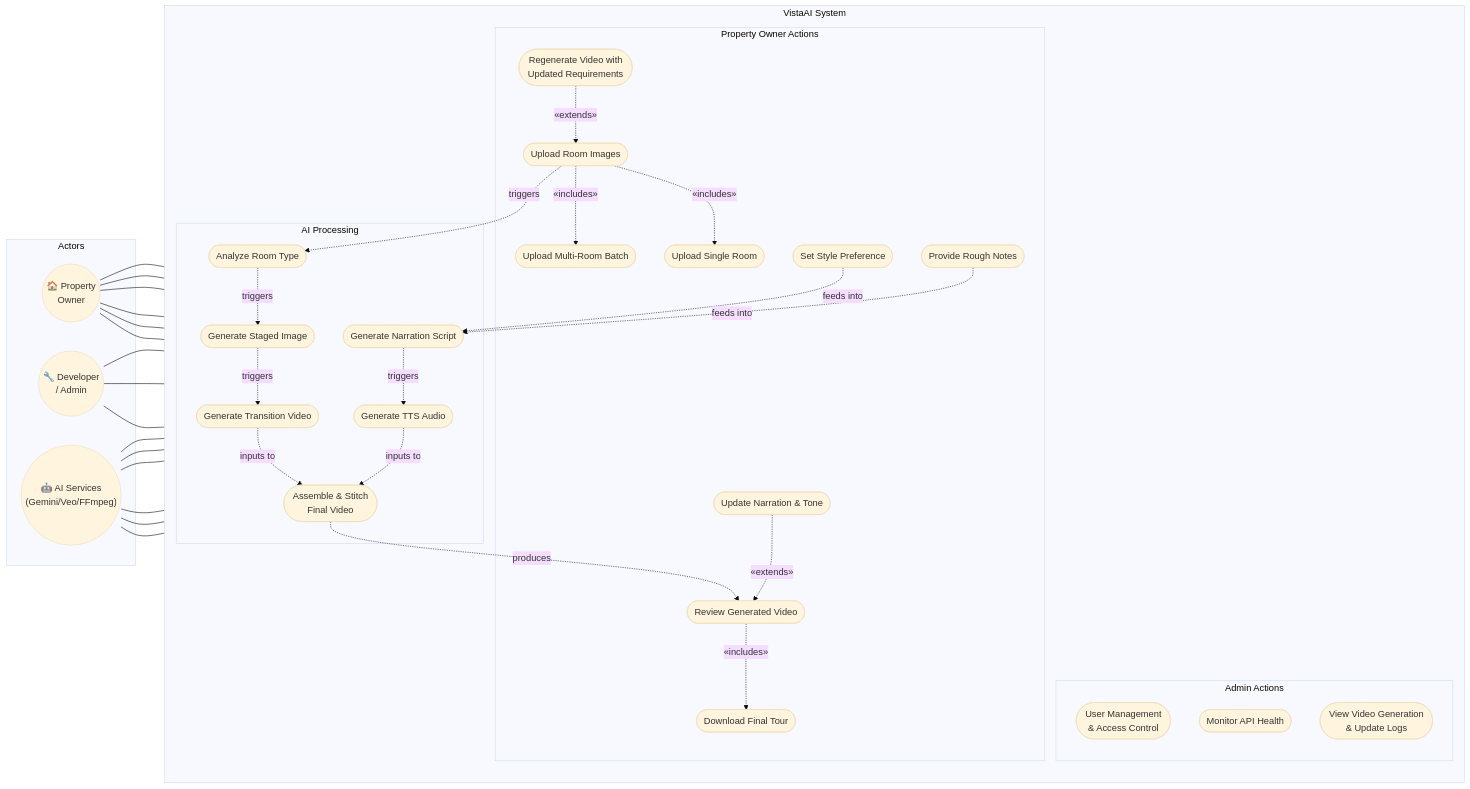
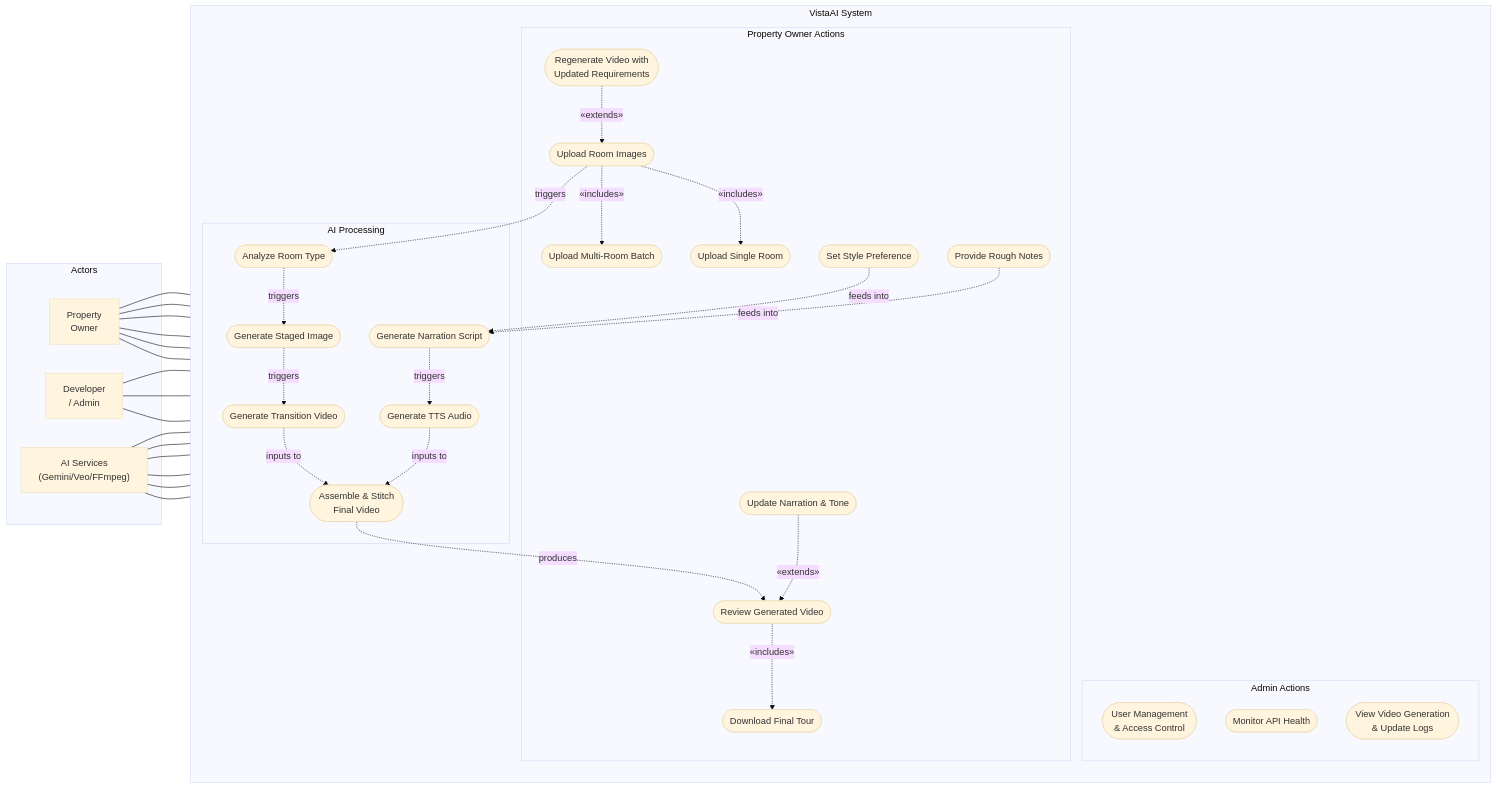
The second of 2 diagrams in diagrams/use_case_diagram.md (23f2002284/VistaAI), drawn with Mermaid (base theme) before and after one commit. The commit also changed other lines of this file and 1 other file, not shown here.

Commit message:
minor error in diagram solved

````diff
--- a/diagrams/use_case_diagram.md
+++ b/diagrams/use_case_diagram.md
@@ -46,73 +46,73 @@
 ```mermaid
 flowchart LR
     subgraph Actors
-        PO(("🏠 Property\nOwner"))
-        DA(("🔧 Developer\n/ Admin"))
-        AI(("🤖 AI Services\n(Gemini/Veo/FFmpeg)"))
+        PO["Property\nOwner"]
+        DA["Developer\n/ Admin"]
+        AI["AI Services\n(Gemini/Veo/FFmpeg)"]
     end
 
     subgraph VistaAI["VistaAI System"]
         direction TB
 
         subgraph Owner_Actions["Property Owner Actions"]
             UC1([Upload Room Images])
             UC1a([Upload Single Room])
             UC1b([Upload Multi-Room Batch])
             UC2([Set Style Preference])
             UC3([Provide Rough Notes])
             UC4([Review Generated Video])
             UC5([Download Final Tour])
             UC6([Update Narration & Tone])
             UC7([Regenerate Video with\nUpdated Requirements])
         end
 
         subgraph Admin_Actions["Admin Actions"]
             UC8([User Management\n& Access Control])
             UC9([Monitor API Health])
             UC10([View Video Generation\n& Update Logs])
         end
 
         subgraph System_Actions["AI Processing"]
             UC11([Analyze Room Type])
             UC12([Generate Staged Image])
             UC13([Generate Transition Video])
             UC14([Generate Narration Script])
             UC15([Generate TTS Audio])
             UC16([Assemble & Stitch\nFinal Video])
         end
     end
 
     PO --- UC1
     PO --- UC2
     PO --- UC3
     PO --- UC4
     PO --- UC6
     PO --- UC7
 
     UC1 -.->|"«includes»"| UC1a
     UC1 -.->|"«includes»"| UC1b
     UC4 -.->|"«includes»"| UC5
     UC6 -.->|"«extends»"| UC4
     UC7 -.->|"«extends»"| UC1
 
     DA --- UC8
     DA --- UC9
     DA --- UC10
 
     AI --- UC11
     AI --- UC12
     AI --- UC13
     AI --- UC14
     AI --- UC15
     AI --- UC16
 
     UC1 -.->|triggers| UC11
     UC11 -.->|triggers| UC12
     UC12 -.->|triggers| UC13
     UC2 -.->|feeds into| UC14
     UC3 -.->|feeds into| UC14
     UC14 -.->|triggers| UC15
     UC13 -.->|inputs to| UC16
     UC15 -.->|inputs to| UC16
     UC16 -.->|produces| UC4
 ```
````
